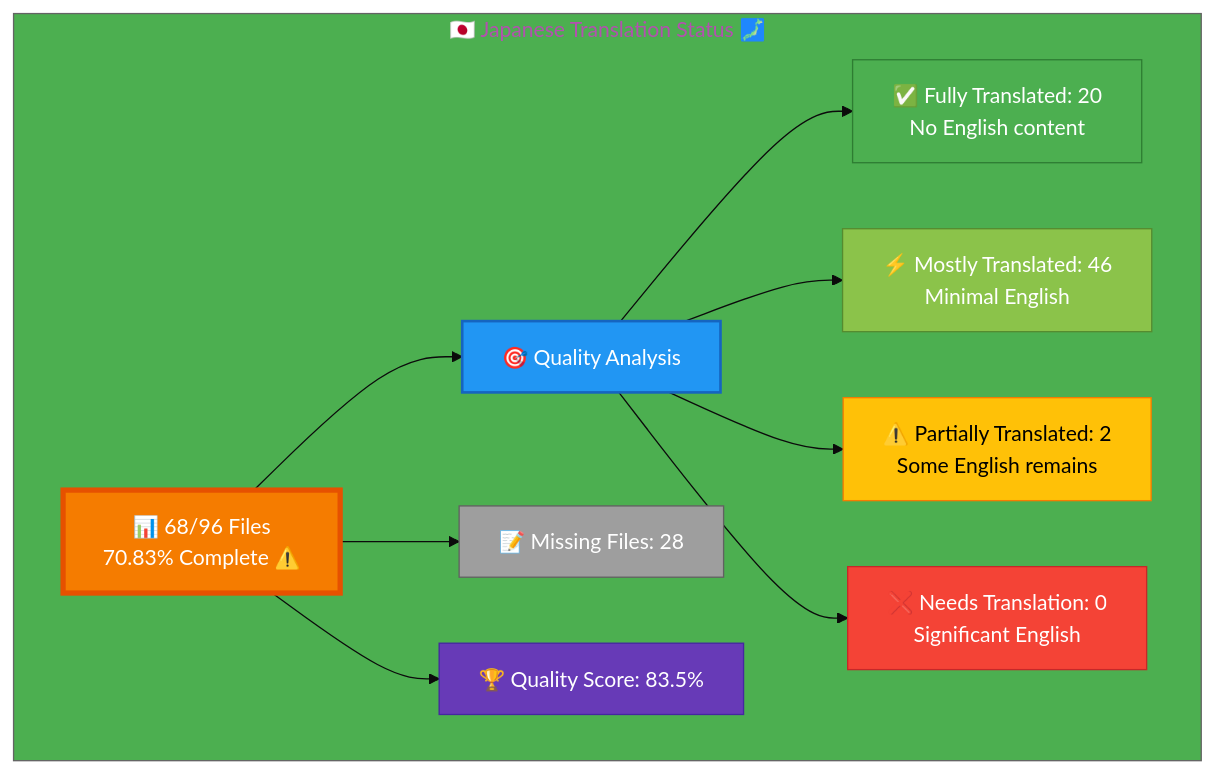
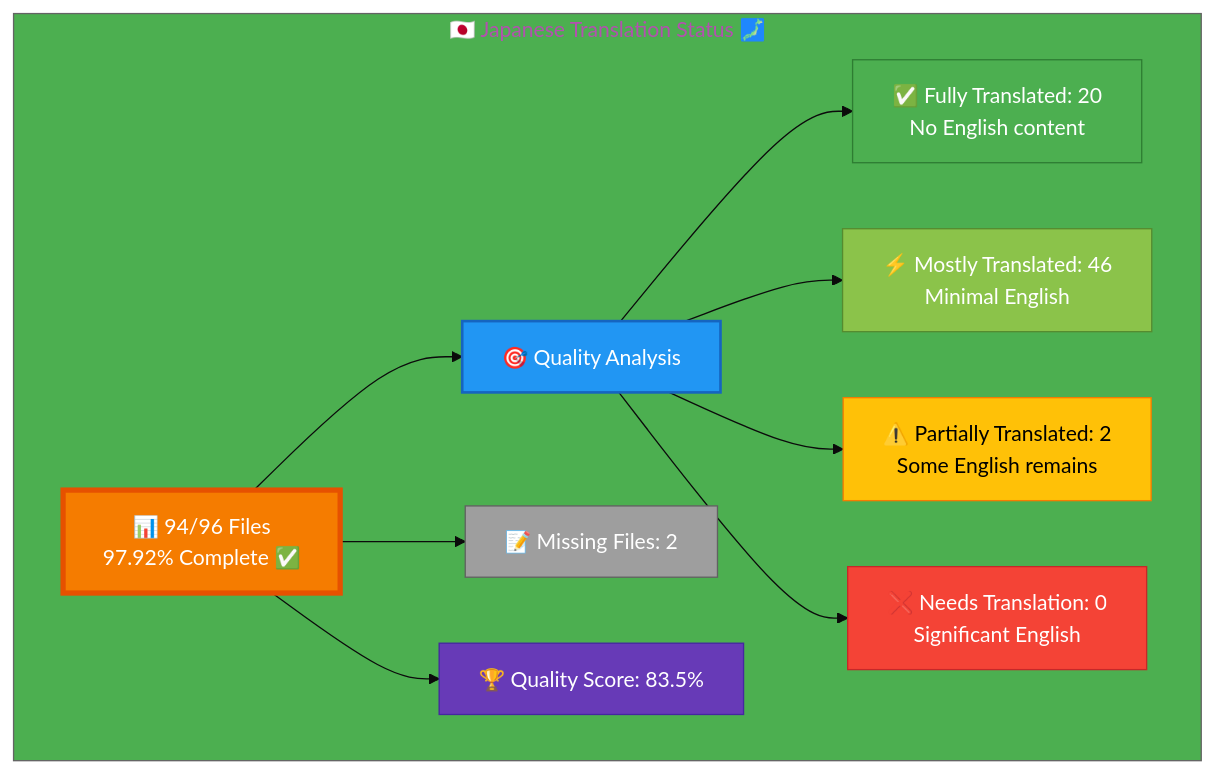
Before and after one commit to Hack23/homepage: the diagram in Japanese-Translation-Status.md, drawn with Mermaid. The commit also changed other lines of this file and 26 other files, not shown here.

````diff
--- a/Japanese-Translation-Status.md
+++ b/Japanese-Translation-Status.md
@@ -12,26 +12,26 @@
 ```mermaid
 %%{init: {'theme':'base', 'themeVariables': {'primaryColor':'#F57C00','secondaryColor':'#2196F3','tertiaryColor':'#4CAF50','fontSize':'16px'}}}%%
 graph TB
     subgraph "🇯🇵 Japanese Translation Status 🗾"
-        A["📊 68/96 Files<br/>70.83% Complete ⚠️ "]
+        A["📊 94/96 Files<br/>97.92% Complete ✅ "]
         
         A --> B["🎯 Quality Analysis"]
         B --> C["✅ Fully Translated: 20<br/>No English content"]
         B --> D["⚡ Mostly Translated: 46<br/>Minimal English"]
         B --> E["⚠️  Partially Translated: 2<br/>Some English remains"]
         B --> F["❌ Needs Translation: 0<br/>Significant English"]
         
-        A --> G["📝 Missing Files: 28"]
+        A --> G["📝 Missing Files: 2"]
         
         A --> H["🏆 Quality Score: 83.5%"]
         
         style A fill:#F57C00,stroke:#E65100,color:#fff,stroke-width:4px
         style B fill:#2196F3,stroke:#1565C0,color:#fff,stroke-width:2px
         style C fill:#4CAF50,stroke:#2E7D32,color:#fff
         style D fill:#8BC34A,stroke:#558B2F,color:#fff
         style E fill:#FFC107,stroke:#F57C00,color:#000
         style F fill:#F44336,stroke:#C62828,color:#fff
         style G fill:#9E9E9E,stroke:#616161,color:#fff
         style H fill:#673AB7,stroke:#4527A0,color:#fff
     end
 ```
````
